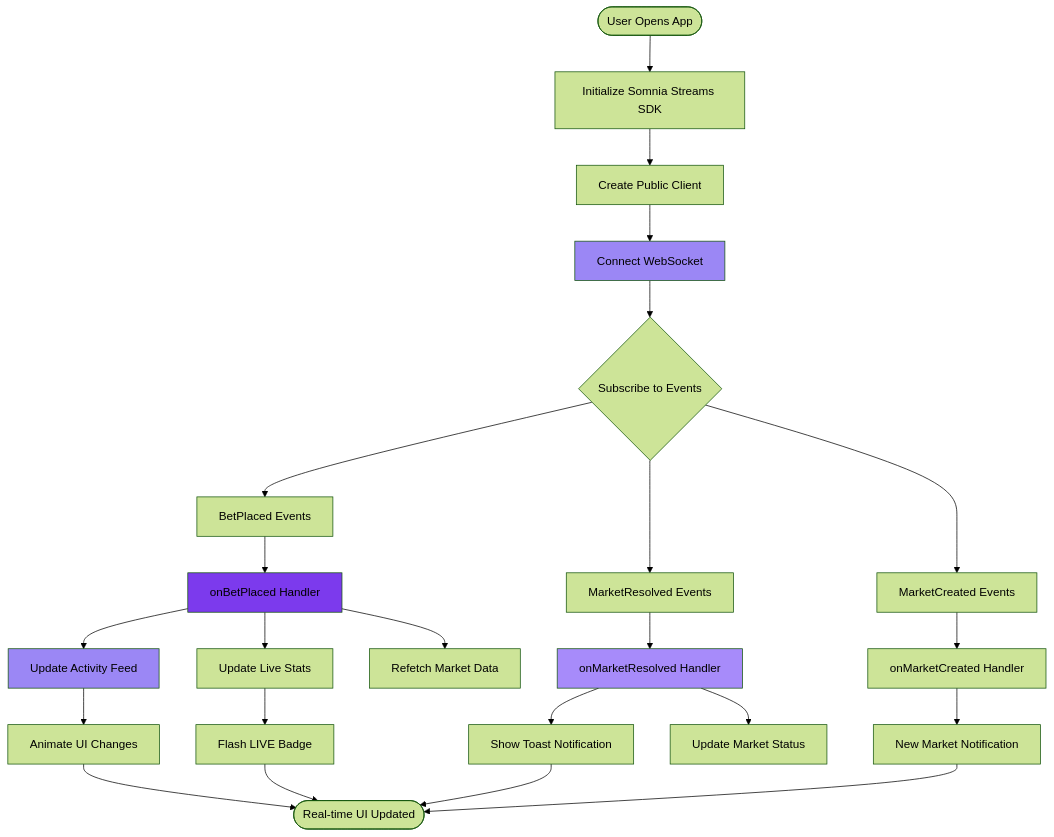
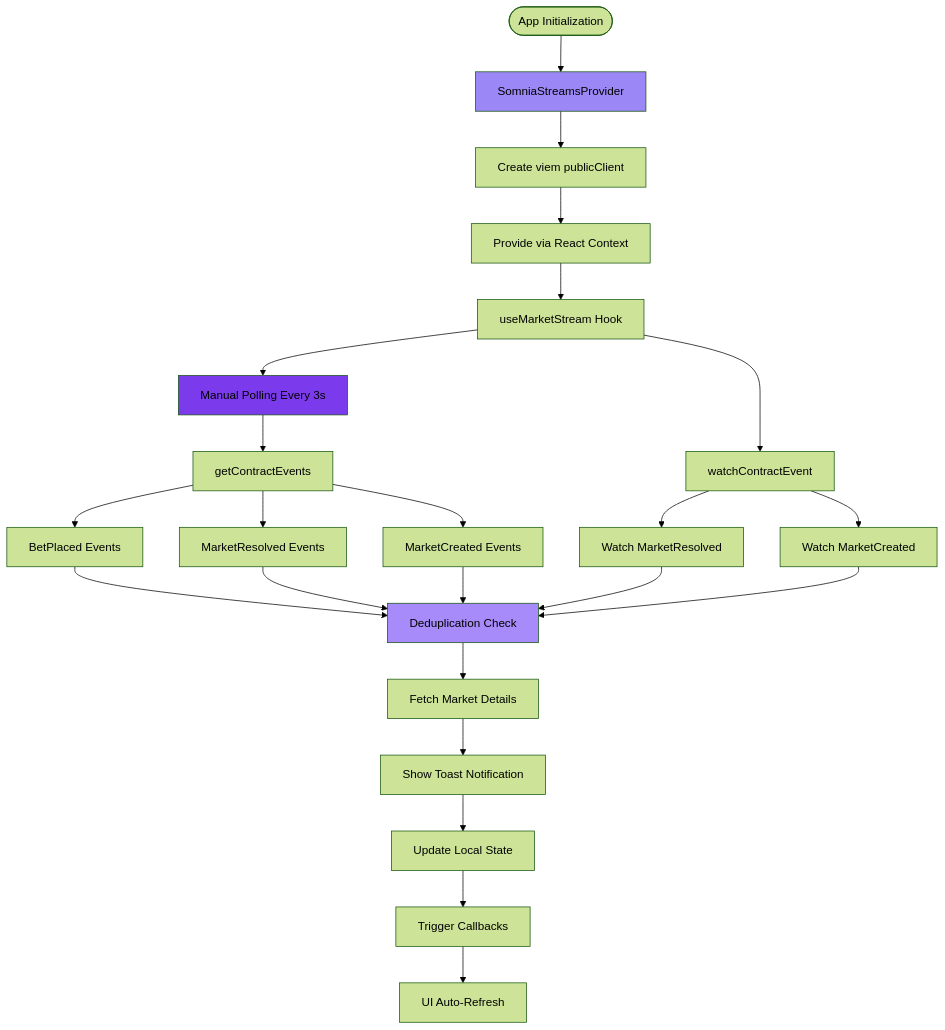
The sixth of 12 diagrams in diagrams.md (enliven17/somnia-predict), drawn with Mermaid (forest theme) before and after one commit. The commit also changed other lines of this file and 4 other files, not shown here.

````diff
--- a/diagrams.md
+++ b/diagrams.md
@@ -181,37 +181,35 @@
 ```mermaid
 flowchart TD
-    Start([User Opens App]) --> InitSDK[Initialize Somnia Streams SDK]
-    InitSDK --> CreateClient[Create Public Client]
-    CreateClient --> ConnectWS[Connect WebSocket]
+    Start([App Initialization]) --> Provider[SomniaStreamsProvider]
+    Provider --> CreateClient[Create viem publicClient]
+    CreateClient --> Context[Provide via React Context]
     
-    ConnectWS --> Subscribe{Subscribe to Events}
-    Subscribe --> BetEvent[BetPlaced Events]
-    Subscribe --> ResolveEvent[MarketResolved Events]
-    Subscribe --> CreateEvent[MarketCreated Events]
+    Context --> Hook[useMarketStream Hook]
+    Hook --> Polling[Manual Polling Every 3s]
+    Hook --> Watch[watchContractEvent]
     
-    BetEvent --> OnBet[onBetPlaced Handler]
-    ResolveEvent --> OnResolve[onMarketResolved Handler]
-    CreateEvent --> OnCreate[onMarketCreated Handler]
+    Polling --> GetEvents[getContractEvents]
+    GetEvents --> BetPlaced[BetPlaced Events]
+    GetEvents --> MarketResolved[MarketResolved Events]
+    GetEvents --> MarketCreated[MarketCreated Events]
     
-    OnBet --> UpdateUI1[Update Activity Feed]
-    OnBet --> UpdateStats[Update Live Stats]
-    OnBet --> RefetchData[Refetch Market Data]
+    Watch --> WatchResolved[Watch MarketResolved]
+    Watch --> WatchCreated[Watch MarketCreated]
     
-    OnResolve --> ShowNotif[Show Toast Notification]
-    OnResolve --> UpdateStatus[Update Market Status]
+    BetPlaced --> Dedupe[Deduplication Check]
+    MarketResolved --> Dedupe
+    MarketCreated --> Dedupe
+    WatchResolved --> Dedupe
+    WatchCreated --> Dedupe
     
-    OnCreate --> NewMarketNotif[New Market Notification]
+    Dedupe --> FetchMarket[Fetch Market Details]
+    FetchMarket --> Notification[Show Toast Notification]
+    Notification --> UpdateState[Update Local State]
+    UpdateState --> Callback[Trigger Callbacks]
     
-    UpdateUI1 --> Animate[Animate UI Changes]
-    UpdateStats --> FlashBadge[Flash LIVE Badge]
+    Callback --> RefreshUI[UI Auto-Refresh]
     
-    Animate --> End([Real-time UI Updated])
-    FlashBadge --> End
-    ShowNotif --> End
-    NewMarketNotif --> End
-    
-    style ConnectWS fill:#9b87f5
-    style OnBet fill:#7c3aed
-    style OnResolve fill:#a78bfa
-    style UpdateUI1 fill:#9b87f5
+    style Provider fill:#9b87f5
+    style Polling fill:#7c3aed
+    style Dedupe fill:#a78bfa
 ```
````
